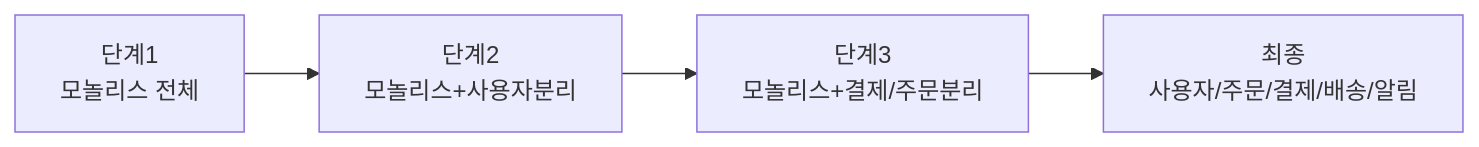
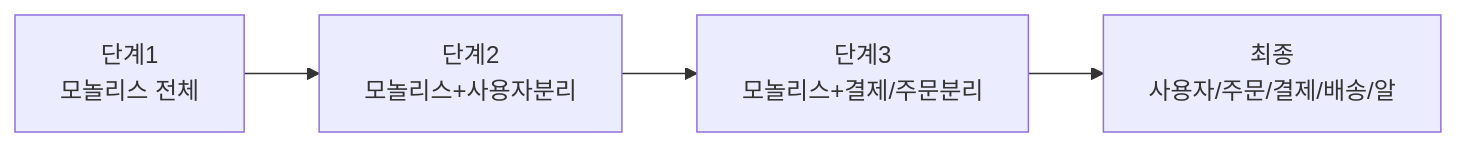
One commit to yjkim2015/yjkim2015.github.io changed the third of 15 diagrams in _posts/architecture/2026-05-02-msa-deep.md. Above: the diagram before and after it, drawn with Mermaid. The commit also changed other lines of this file and 271 other files, not shown here.

First line of the commit message:
Mermaid 라벨 축소: 긴 노드 텍스트 18자 이하로 트림 + \n 제거

````diff
--- a/_posts/architecture/2026-05-02-msa-deep.md
+++ b/_posts/architecture/2026-05-02-msa-deep.md
@@ -64,6 +64,6 @@
 ```mermaid
 graph LR
     Mono1["단계1\n모놀리스 전체"] --> Mono2["단계2\n모놀리스+사용자분리"]
     Mono2 --> Mono3["단계3\n모놀리스+결제/주문분리"]
-    Mono3 --> MSA["최종\n사용자/주문/결제/배송/알림"]
+    Mono3 --> MSA["최종\n사용자/주문/결제/배송/알"]
 ```
````
